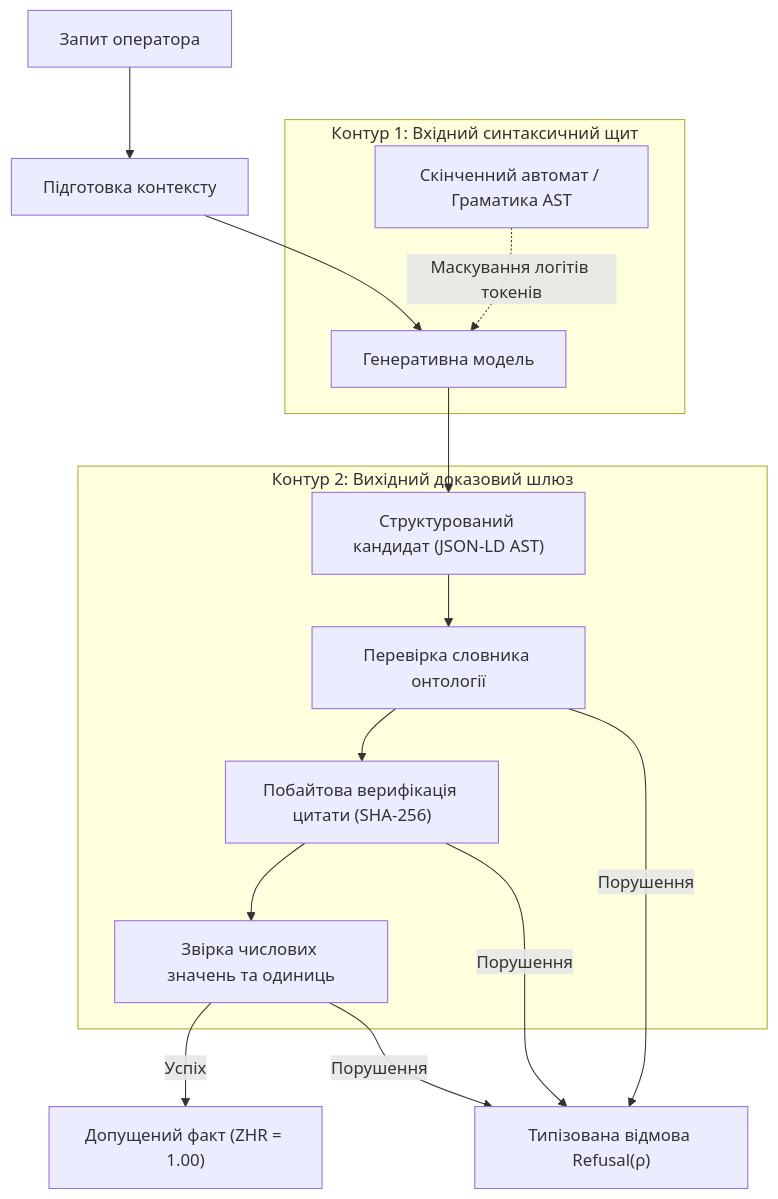
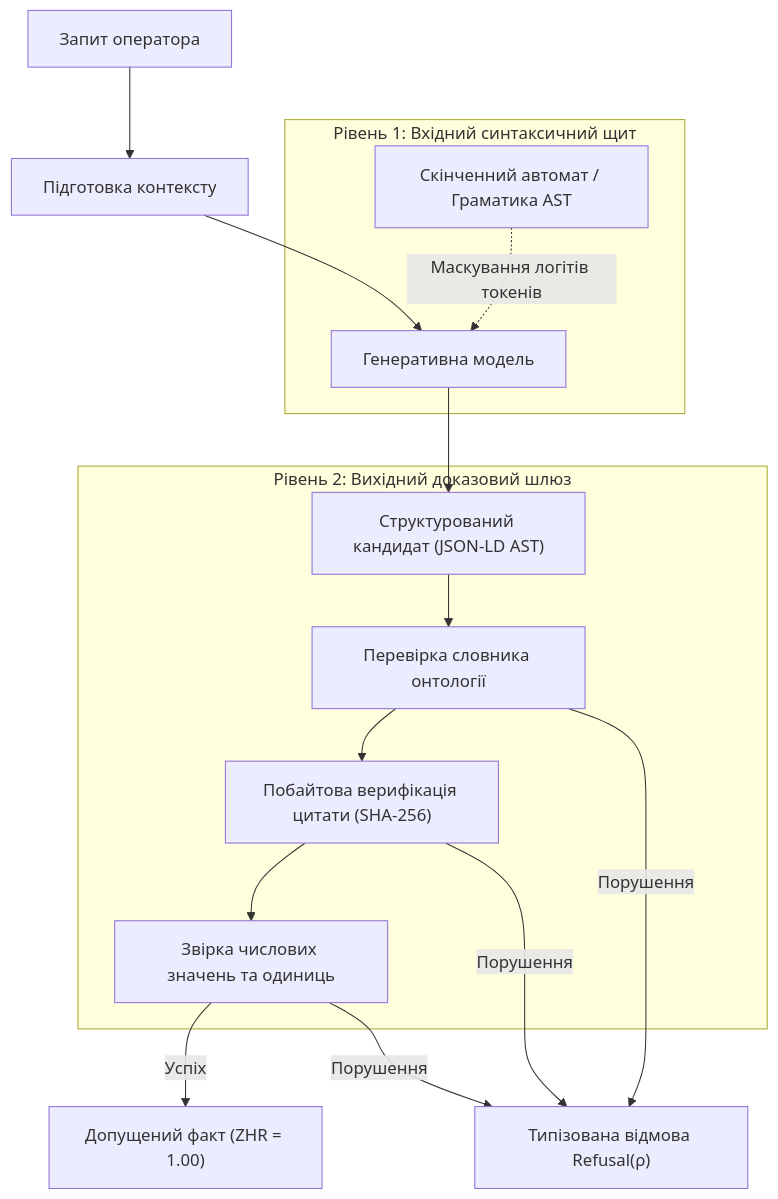
One commit to nick-fedchik/articles changed the first of 2 diagrams in ExpertSystem/ch38-curing-machine-hallucinations-and-knowledge-deficits.md. Above: the diagram before and after it, drawn with Mermaid. The commit also changed other lines of this file and 27 other files, not shown here.

````diff
--- a/ExpertSystem/ch38-curing-machine-hallucinations-and-knowledge-deficits.md
+++ b/ExpertSystem/ch38-curing-machine-hallucinations-and-knowledge-deficits.md
@@ -37,22 +37,22 @@
 ```mermaid
 flowchart TD
     REQ["Запит оператора"] --> PROMPT["Підготовка контексту"]
     PROMPT --> LLM["Генеративна модель"]
     
-    subgraph IN_GATE["Контур 1: Вхідний синтаксичний щит"]
+    subgraph IN_GATE["Рівень 1: Вхідний синтаксичний щит"]
         FSM["Скінченний автомат / Граматика AST"] -.->|"Маскування логітів токенів"| LLM
     end
     
     LLM --> JSON["Структурований кандидат (JSON-LD AST)"]
     
-    subgraph OUT_GATE["Контур 2: Вихідний доказовий шлюз"]
+    subgraph OUT_GATE["Рівень 2: Вихідний доказовий шлюз"]
         JSON --> CHECK_VOC["Перевірка словника онтології"]
         CHECK_VOC --> CHECK_BYTE["Побайтова верифікація цитати (SHA-256)"]
         CHECK_BYTE --> CHECK_NUM["Звірка числових значень та одиниць"]
     end
     
     CHECK_NUM -->|Успіх| ADMIT["Допущений факт (ZHR = 1.00)"]
     CHECK_NUM -->|Порушення| REFUSE["Типізована відмова Refusal(ρ)"]
     CHECK_BYTE -->|Порушення| REFUSE
     CHECK_VOC -->|Порушення| REFUSE
 ```
````
